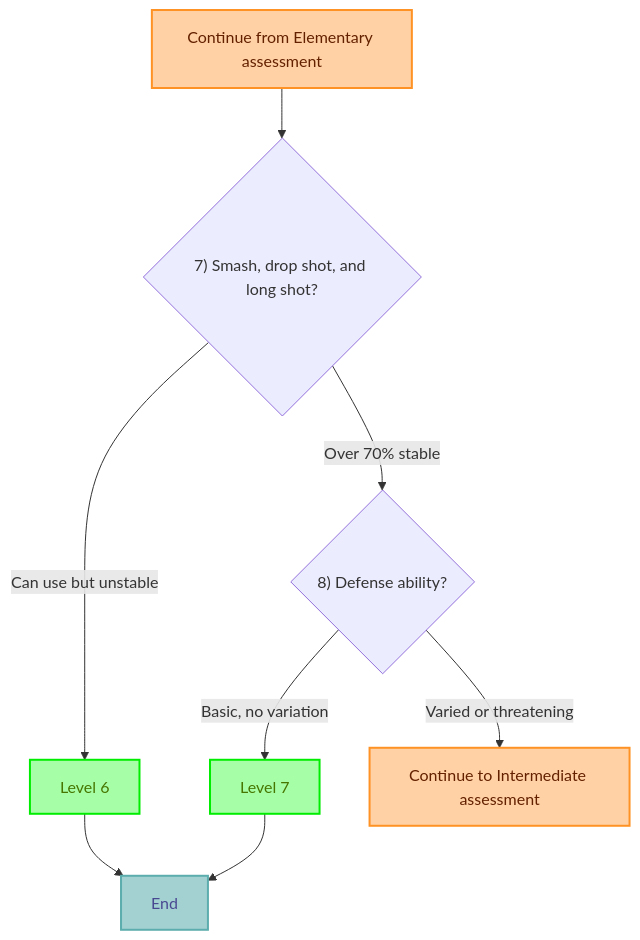
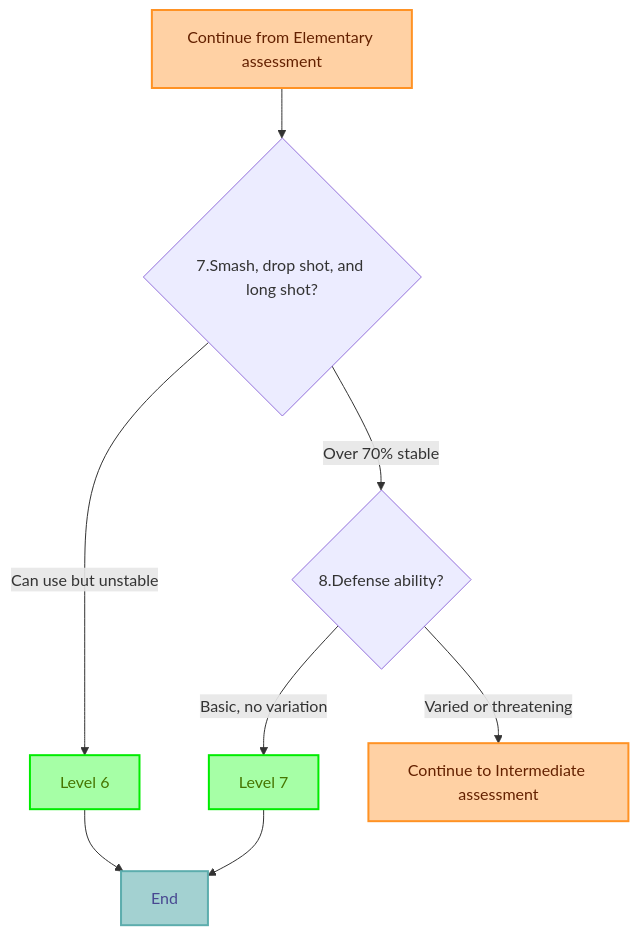
One commit to showaykerker/badminton-level-evaluator-linebot changed the third of 4 diagrams in README-en.md. Above: the diagram before and after it, drawn with Mermaid. The commit also changed other lines of this file, not shown here.

Commit message:
chore: Update questionnaire graph labels to avoid mermaid error

````diff
--- a/README-en.md
+++ b/README-en.md
@@ -74,18 +74,18 @@
 ```mermaid
 graph TD
-    A[Continue from Elementary assessment] --> H{"7) Smash, drop shot, and long shot?"}
+    A[Continue from Elementary assessment] --> H{"7.Smash, drop shot, and long shot?"}
     H -->|Can use but unstable| Z6[Level 6]
-    H -->|Over 70% stable| I{"8) Defense ability?"}
+    H -->|Over 70% stable| I{"8.Defense ability?"}
     I -->|Basic, no variation| Z7[Level 7]
     I -->|Varied or threatening| J[Continue to Intermediate assessment]
 
     J:::nextStage
     A:::nextStage
     Z6:::determinedLevel --> END[End]
     Z7:::determinedLevel --> END
     END:::stopStage
 
     classDef nextStage       fill:#FFD1A4,stroke:#FF9224,stroke-width:2px,color:#642100;
     classDef determinedLevel fill:#A6FFA6,stroke:#00EC00,stroke-width:2px,color:#467500;
     classDef stopStage       fill:#A3D1D1,stroke:#5CADAD,stroke-width:2px,color:#484891;
 ```
````
